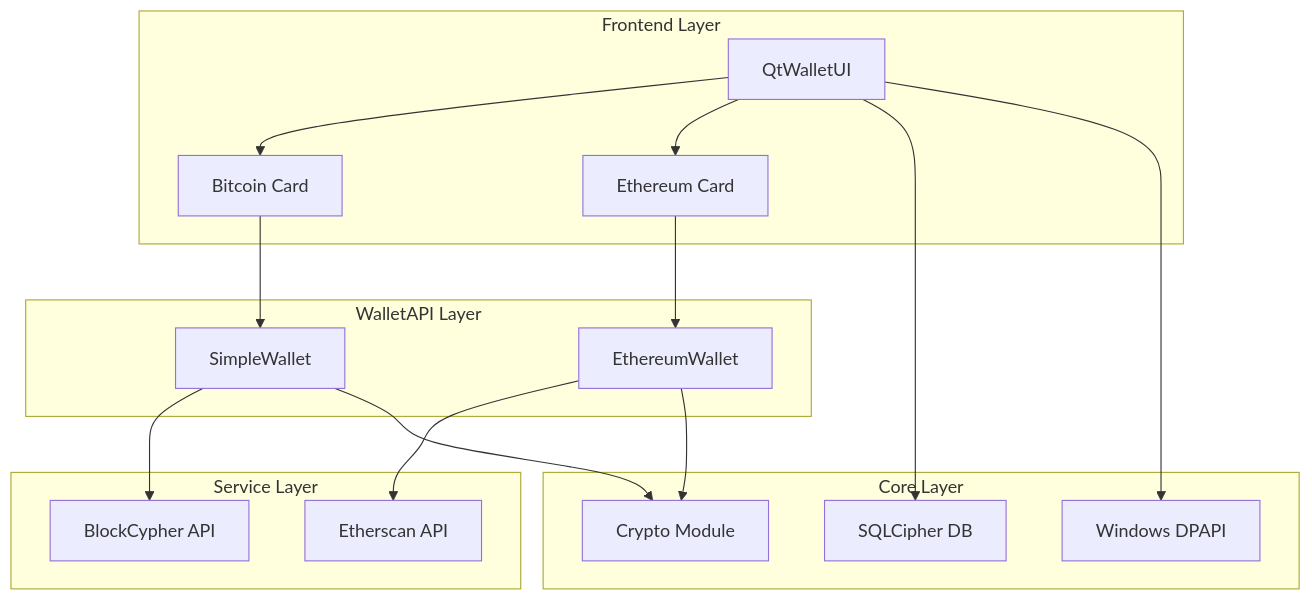
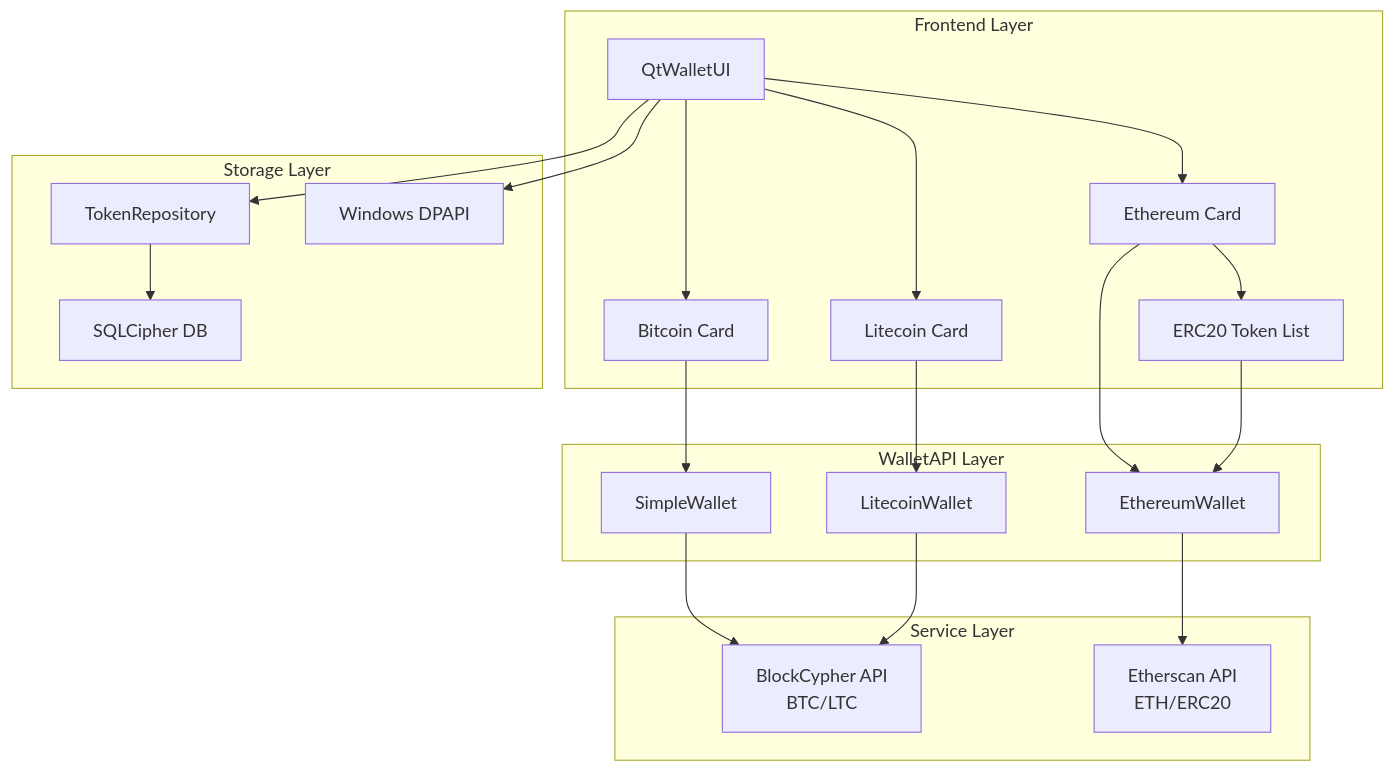
The diagram in ProjectGuides/MULTI_CHAIN_ARCHITECTURE.md (erickherrera/CriptoGualet), drawn with Mermaid before and after one commit. The commit also changed other lines of this file, not shown here.

````diff
--- a/ProjectGuides/MULTI_CHAIN_ARCHITECTURE.md
+++ b/ProjectGuides/MULTI_CHAIN_ARCHITECTURE.md
@@ -75,32 +66,41 @@
 ```mermaid
 graph TB
     subgraph "Frontend Layer"
         UI[QtWalletUI]
         BTCCard[Bitcoin Card]
         ETHCard[Ethereum Card]
+        LTCCard[Litecoin Card]
+        TokenList[ERC20 Token List]
     end
 
     subgraph "WalletAPI Layer"
         BTCWallet[SimpleWallet]
         ETHWallet[EthereumWallet]
+        LTCWallet[LitecoinWallet]
     end
 
     subgraph "Service Layer"
-        BlockCypher[BlockCypher API]
-        Etherscan[Etherscan API]
+        BlockCypher[BlockCypher API<br/>BTC/LTC]
+        Etherscan[Etherscan API<br/>ETH/ERC20]
     end
 
-    subgraph "Core Layer"
-        Crypto[Crypto Module]
+    subgraph "Storage Layer"
         DB[SQLCipher DB]
+        TokenRepo[TokenRepository]
         DPAPI[Windows DPAPI]
     end
 
-    UI --> BTCCard & ETHCard
+    UI --> BTCCard & ETHCard & LTCCard
+    ETHCard --> TokenList
     BTCCard --> BTCWallet
+    LTCCard --> LTCWallet
     ETHCard --> ETHWallet
-    BTCWallet --> BlockCypher
+    TokenList --> ETHWallet
+    
+    BTCWallet & LTCWallet --> BlockCypher
     ETHWallet --> Etherscan
-    BTCWallet & ETHWallet --> Crypto
-    UI --> DB & DPAPI
+    
+    UI --> TokenRepo
+    TokenRepo --> DB
+    UI --> DPAPI
 ```
````
